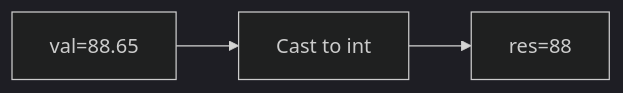
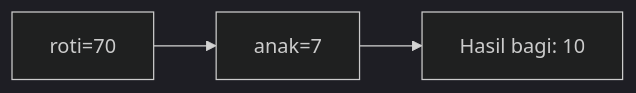
One commit to amnahwaida/OSNK_INF_PREP changed diagram 13 of 25 in part-c-pemahaman-cpp/01-tipe-data/latihan/set-12.md. Above: the diagram before and after it, drawn with Mermaid (dark theme). The commit also changed other lines of this file and 71 other files, not shown here.

````diff
--- a/part-c-pemahaman-cpp/01-tipe-data/latihan/set-12.md
+++ b/part-c-pemahaman-cpp/01-tipe-data/latihan/set-12.md
@@ -348,5 +364,5 @@
 ```mermaid
 graph LR
-A["val=88.65"] --> B["Cast to int"]
-B --> C["res=88"]
+A["roti=70"] --> B["anak=7"]
+B --> C["Hasil bagi: 10"]
 ```
````
